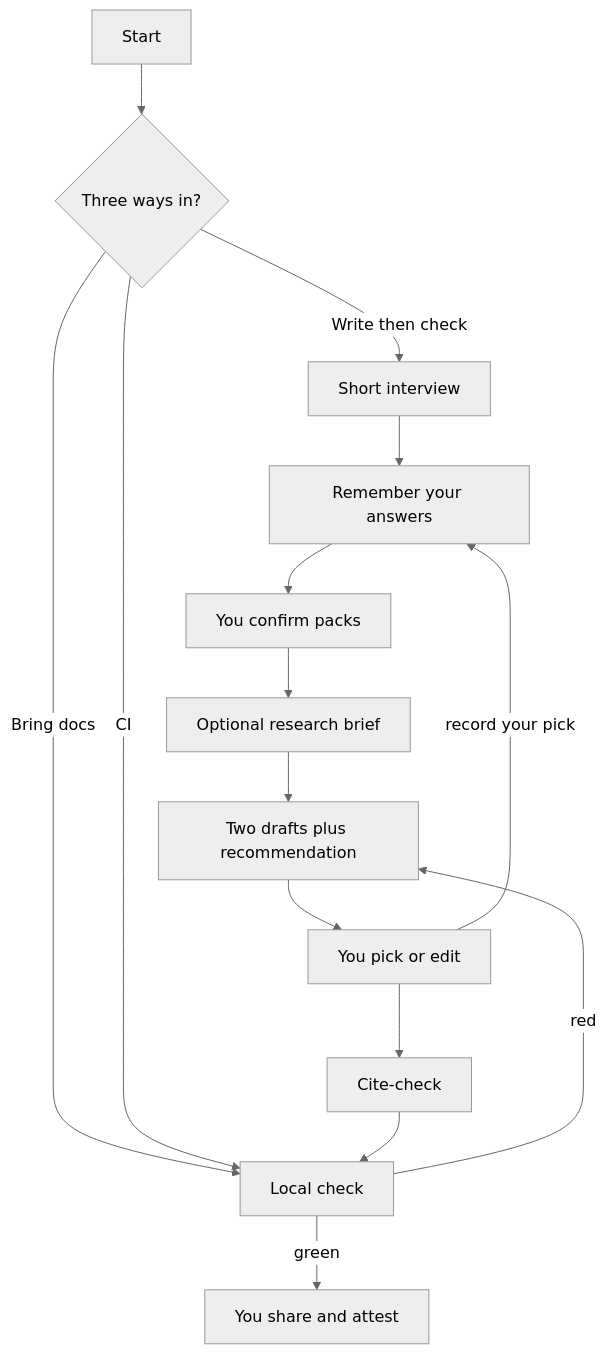
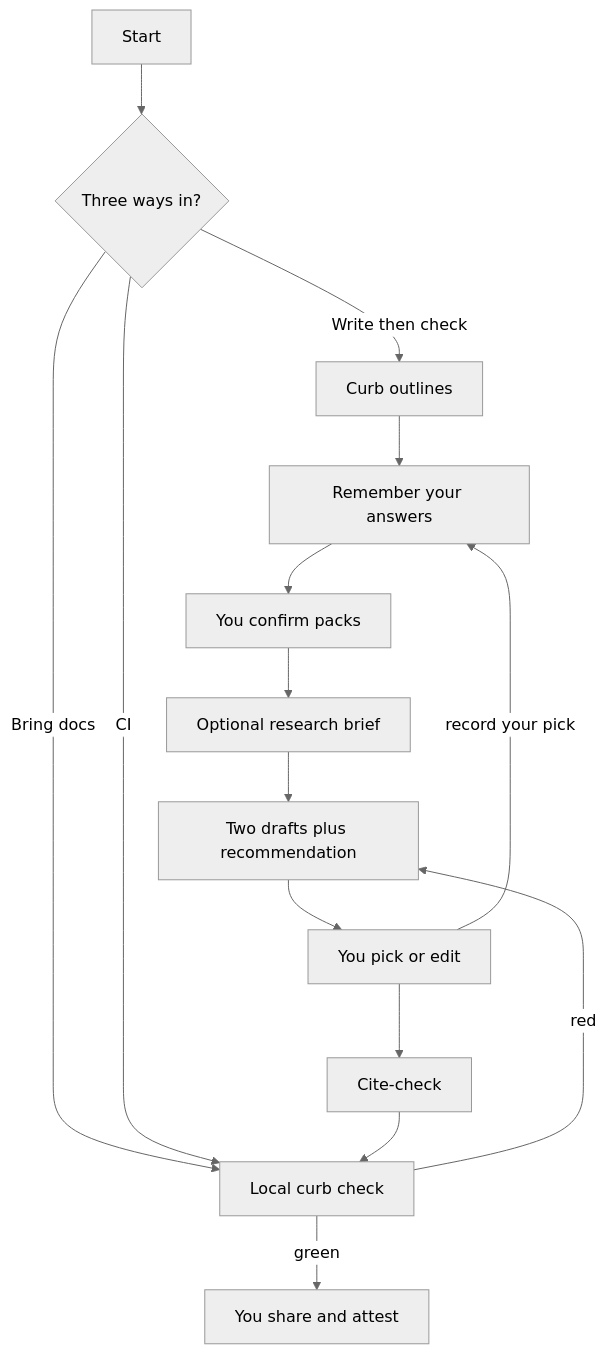
One commit to RI-SE/curbpack changed the diagram in docs/getting-started/pathway.md. Above: the diagram before and after it, drawn with Mermaid (neutral theme). The commit also changed other lines of this file and 163 other files, not shown here.

````diff
--- a/docs/getting-started/pathway.md
+++ b/docs/getting-started/pathway.md
@@ -21,23 +23,23 @@
 ```mermaid
 flowchart TD
   start[Start]
   ways{Three ways in?}
-  interview[Short interview]
+  outlines[Curb outlines]
   session[Remember your answers]
   packs[You confirm packs]
   research[Optional research brief]
   ab[Two drafts plus recommendation]
   pick[You pick or edit]
   cite[Cite-check]
-  check[Local check]
+  check[Local curb check]
   share[You share and attest]
 
   start --> ways
-  ways -->|"Write then check"| interview
+  ways -->|"Write then check"| outlines
   ways -->|"Bring docs"| check
   ways -->|"CI"| check
-  interview --> session --> packs --> research --> ab --> pick --> cite --> check
+  outlines --> session --> packs --> research --> ab --> pick --> cite --> check
   check -->|red| ab
   check -->|green| share
   pick -->|"record your pick"| session
 ```
````
